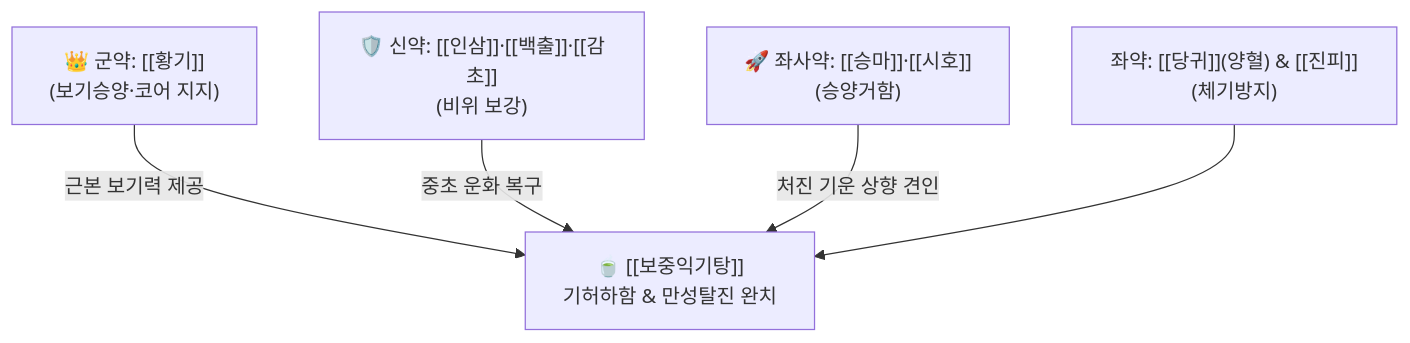
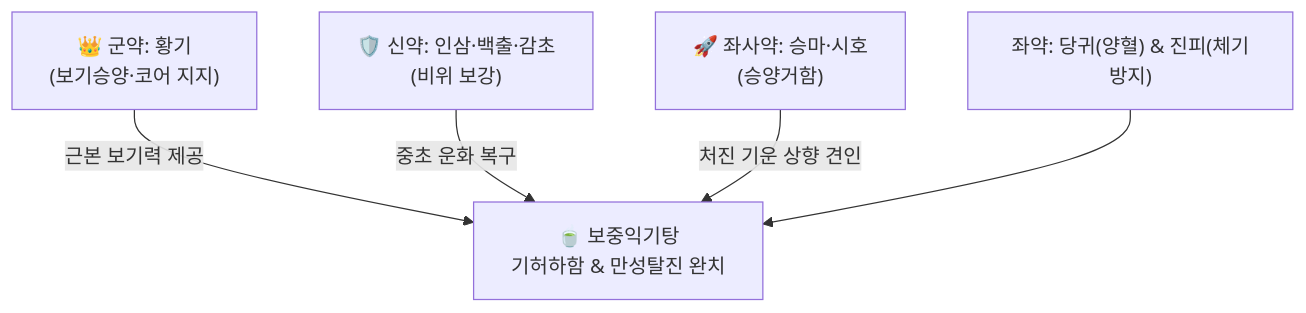
Before and after one commit to simbio11/simbio-digital-garden2: the diagram in content/2. 약리 공부/처방/02_보익제/보중익기탕.md, drawn with Mermaid. The commit also changed other lines of this file and 323 other files, not shown here.

````diff
--- a/content/2. 약리 공부/처방/02_보익제/보중익기탕.md
+++ b/content/2. 약리 공부/처방/02_보익제/보중익기탕.md
@@ -48,7 +50,7 @@
 ```mermaid
 graph TD
-    HQ["👑 군약: [[황기]]<br>(보기승양·코어 지지)"] -->|근본 보기력 제공| TOTAL["🍵 [[보중익기탕]]<br>기허하함 & 만성탈진 완치"]
-    ISBC["🛡️ 신약: [[인삼]]·[[백출]]·[[감초]]<br>(비위 보강)"] -->|중초 운화 복구| TOTAL
-    SMSH["🚀 좌사약: [[승마]]·[[시호]]<br>(승양거함)"] -->|처진 기운 상향 견인| TOTAL
-    DGCP["좌약: [[당귀]](양혈) & [[진피]](체기방지)"] --> TOTAL
+    HQ["👑 군약: 황기<br>(보기승양·코어 지지)"] -->|근본 보기력 제공| TOTAL["🍵 보중익기탕<br>기허하함 & 만성탈진 완치"]
+    ISBC["🛡️ 신약: 인삼·백출·감초<br>(비위 보강)"] -->|중초 운화 복구| TOTAL
+    SMSH["🚀 좌사약: 승마·시호<br>(승양거함)"] -->|처진 기운 상향 견인| TOTAL
+    DGCP["좌약: 당귀(양혈) & 진피(체기방지)"] --> TOTAL
 ```
````
